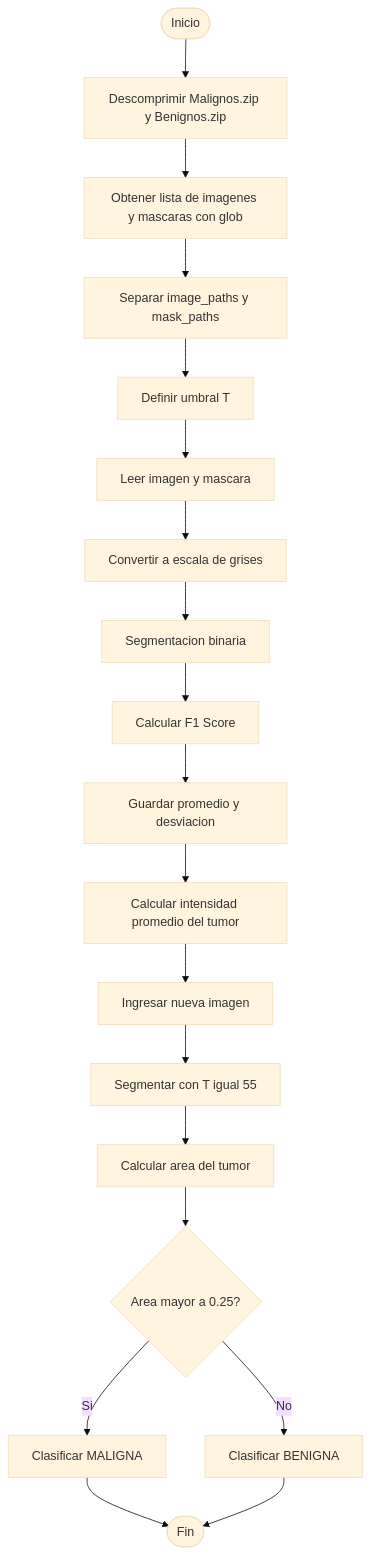
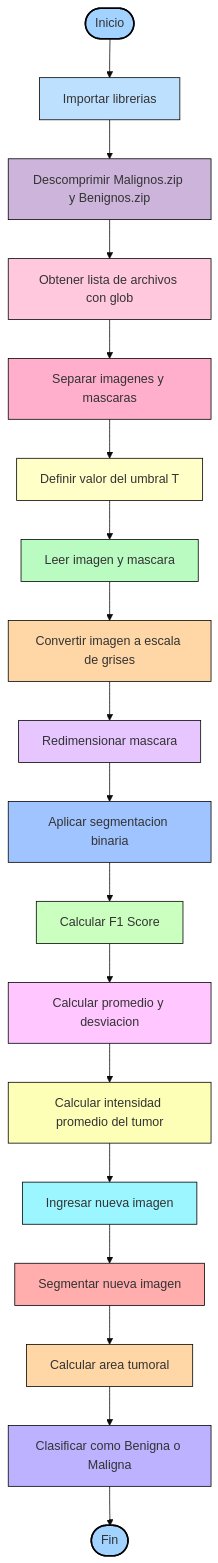
The diagram in README.md (KarenGarzon05/PARCIAL-IMAGENES-DIAGNOSTICAS), drawn with Mermaid (base theme) before and after one commit.

Commit message:
Revise flowchart in README for clarity and detail
Updated flowchart to include new steps and styles.

````diff
--- a/README.md
+++ b/README.md
@@ -2,22 +2,41 @@
 ```mermaid
 flowchart TD
 
-A([Inicio]) --> B[Descomprimir Malignos.zip y Benignos.zip]
-B --> C[Obtener lista de imagenes y mascaras con glob]
-C --> D[Separar image_paths y mask_paths]
-D --> E[Definir umbral T]
-E --> F[Leer imagen y mascara]
-F --> G[Convertir a escala de grises]
-G --> H[Segmentacion binaria]
-H --> I[Calcular F1 Score]
-I --> J[Guardar promedio y desviacion]
-J --> K[Calcular intensidad promedio del tumor]
-K --> L[Ingresar nueva imagen]
-L --> M[Segmentar con T igual 55]
-M --> N[Calcular area del tumor]
-N --> O{Area mayor a 0.25?}
-O -->|Si| P[Clasificar MALIGNA]
-O -->|No| Q[Clasificar BENIGNA]
-P --> R([Fin])
-Q --> R
+A([Inicio]) --> B[Importar librerias]
+B --> C[Descomprimir Malignos.zip y Benignos.zip]
+C --> D[Obtener lista de archivos con glob]
+D --> E[Separar imagenes y mascaras]
+E --> F[Definir valor del umbral T]
+F --> G[Leer imagen y mascara]
+G --> H[Convertir imagen a escala de grises]
+H --> I[Redimensionar mascara]
+I --> J[Aplicar segmentacion binaria]
+J --> K[Calcular F1 Score]
+K --> L[Calcular promedio y desviacion]
+L --> M[Calcular intensidad promedio del tumor]
+M --> N[Ingresar nueva imagen]
+N --> O[Segmentar nueva imagen]
+O --> P[Calcular area tumoral]
+P --> Q[Clasificar como Benigna o Maligna]
+Q --> R([Fin])
+
+%% Colores
+style A fill:#A2D2FF,stroke:#000,stroke-width:2px
+style B fill:#BDE0FE,stroke:#000
+style C fill:#CDB4DB,stroke:#000
+style D fill:#FFC8DD,stroke:#000
+style E fill:#FFAFCC,stroke:#000
+style F fill:#FFFFC7,stroke:#000
+style G fill:#B9FBC0,stroke:#000
+style H fill:#FFD6A5,stroke:#000
+style I fill:#E7C6FF,stroke:#000
+style J fill:#A0C4FF,stroke:#000
+style K fill:#CAFFBF,stroke:#000
+style L fill:#FFC6FF,stroke:#000
+style M fill:#FDFFB6,stroke:#000
+style N fill:#9BF6FF,stroke:#000
+style O fill:#FFADAD,stroke:#000
+style P fill:#FFD6A5,stroke:#000
+style Q fill:#BDB2FF,stroke:#000
+style R fill:#A2D2FF,stroke:#000,stroke-width:2px
 ```
````
